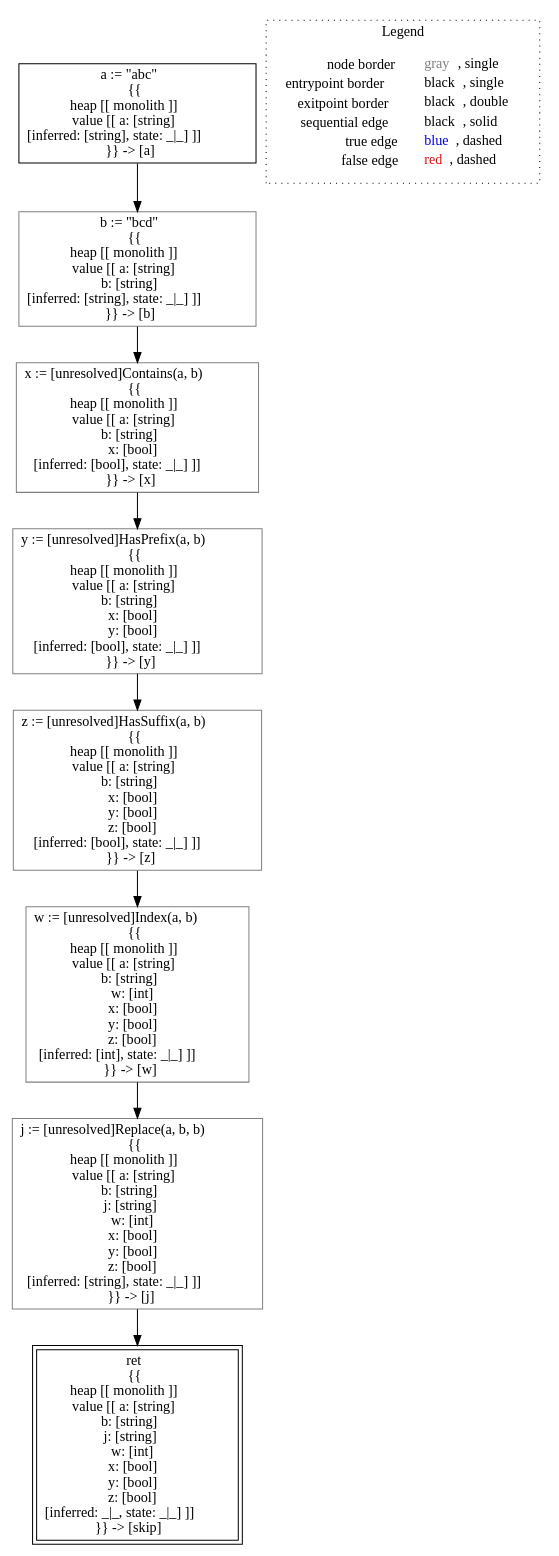
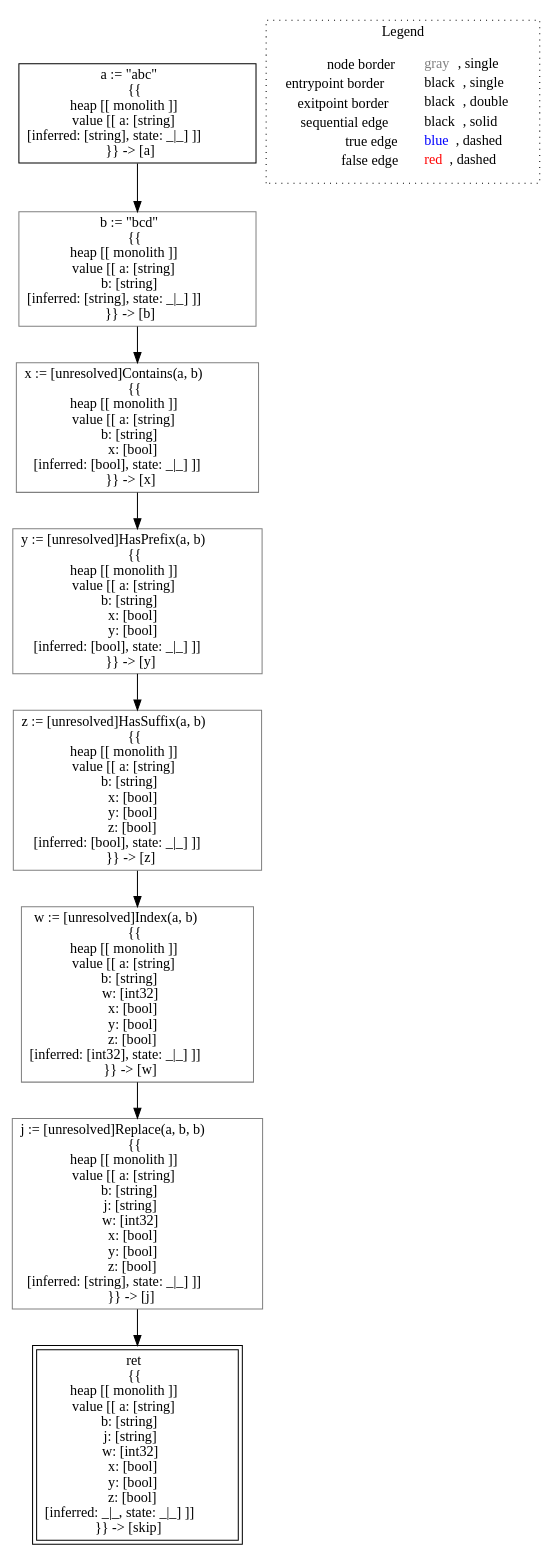
Before and after one commit to lisa-analyzer/go-lisa: the diagram in go-lisa/go-testcases/strings-typing/typing___untyped_~LiSAProgram.main().dot, drawn with Graphviz.

Commit message:
Fixing TypingTest
- int changed to int32 inside LiSA

```diff
--- a/go-lisa/go-testcases/strings-typing/typing___untyped_~LiSAProgram.main().dot
+++ b/go-lisa/go-testcases/strings-typing/typing___untyped_~LiSAProgram.main().dot
@@ -1,24 +1,24 @@
 digraph {
 	"node0" [shape="rect",color="black",label=<a := &quot;abc&quot;<BR/>{{<BR/>heap [[ monolith ]]<BR/>value [[ a: [string]<BR/>[inferred: [string], state: _|_] ]]<BR/>}} -&gt; [a]>];
-	"node1" [shape="rect",color="gray",label=<z := [unresolved]HasSuffix(a, b)<BR/>{{<BR/>heap [[ monolith ]]<BR/>value [[ a: [string]<BR/>b: [string]<BR/>x: [bool]<BR/>y: [bool]<BR/>z: [bool]<BR/>[inferred: [bool], state: _|_] ]]<BR/>}} -&gt; [z]>];
-	"node2" [shape="rect",color="black",peripheries="2",label=<ret<BR/>{{<BR/>heap [[ monolith ]]<BR/>value [[ a: [string]<BR/>b: [string]<BR/>j: [string]<BR/>w: [int]<BR/>x: [bool]<BR/>y: [bool]<BR/>z: [bool]<BR/>[inferred: _|_, state: _|_] ]]<BR/>}} -&gt; [skip]>];
-	"node3" [shape="rect",color="gray",label=<x := [unresolved]Contains(a, b)<BR/>{{<BR/>heap [[ monolith ]]<BR/>value [[ a: [string]<BR/>b: [string]<BR/>x: [bool]<BR/>[inferred: [bool], state: _|_] ]]<BR/>}} -&gt; [x]>];
+	"node1" [shape="rect",color="gray",label=<b := &quot;bcd&quot;<BR/>{{<BR/>heap [[ monolith ]]<BR/>value [[ a: [string]<BR/>b: [string]<BR/>[inferred: [string], state: _|_] ]]<BR/>}} -&gt; [b]>];
+	"node2" [shape="rect",color="gray",label=<j := [unresolved]Replace(a, b, b)<BR/>{{<BR/>heap [[ monolith ]]<BR/>value [[ a: [string]<BR/>b: [string]<BR/>j: [string]<BR/>w: [int32]<BR/>x: [bool]<BR/>y: [bool]<BR/>z: [bool]<BR/>[inferred: [string], state: _|_] ]]<BR/>}} -&gt; [j]>];
+	"node3" [shape="rect",color="black",peripheries="2",label=<ret<BR/>{{<BR/>heap [[ monolith ]]<BR/>value [[ a: [string]<BR/>b: [string]<BR/>j: [string]<BR/>w: [int32]<BR/>x: [bool]<BR/>y: [bool]<BR/>z: [bool]<BR/>[inferred: _|_, state: _|_] ]]<BR/>}} -&gt; [skip]>];
 	"node4" [shape="rect",color="gray",label=<y := [unresolved]HasPrefix(a, b)<BR/>{{<BR/>heap [[ monolith ]]<BR/>value [[ a: [string]<BR/>b: [string]<BR/>x: [bool]<BR/>y: [bool]<BR/>[inferred: [bool], state: _|_] ]]<BR/>}} -&gt; [y]>];
-	"node5" [shape="rect",color="gray",label=<b := &quot;bcd&quot;<BR/>{{<BR/>heap [[ monolith ]]<BR/>value [[ a: [string]<BR/>b: [string]<BR/>[inferred: [string], state: _|_] ]]<BR/>}} -&gt; [b]>];
-	"node6" [shape="rect",color="gray",label=<w := [unresolved]Index(a, b)<BR/>{{<BR/>heap [[ monolith ]]<BR/>value [[ a: [string]<BR/>b: [string]<BR/>w: [int]<BR/>x: [bool]<BR/>y: [bool]<BR/>z: [bool]<BR/>[inferred: [int], state: _|_] ]]<BR/>}} -&gt; [w]>];
-	"node7" [shape="rect",color="gray",label=<j := [unresolved]Replace(a, b, b)<BR/>{{<BR/>heap [[ monolith ]]<BR/>value [[ a: [string]<BR/>b: [string]<BR/>j: [string]<BR/>w: [int]<BR/>x: [bool]<BR/>y: [bool]<BR/>z: [bool]<BR/>[inferred: [string], state: _|_] ]]<BR/>}} -&gt; [j]>];
+	"node5" [shape="rect",color="gray",label=<z := [unresolved]HasSuffix(a, b)<BR/>{{<BR/>heap [[ monolith ]]<BR/>value [[ a: [string]<BR/>b: [string]<BR/>x: [bool]<BR/>y: [bool]<BR/>z: [bool]<BR/>[inferred: [bool], state: _|_] ]]<BR/>}} -&gt; [z]>];
+	"node6" [shape="rect",color="gray",label=<x := [unresolved]Contains(a, b)<BR/>{{<BR/>heap [[ monolith ]]<BR/>value [[ a: [string]<BR/>b: [string]<BR/>x: [bool]<BR/>[inferred: [bool], state: _|_] ]]<BR/>}} -&gt; [x]>];
+	"node7" [shape="rect",color="gray",label=<w := [unresolved]Index(a, b)<BR/>{{<BR/>heap [[ monolith ]]<BR/>value [[ a: [string]<BR/>b: [string]<BR/>w: [int32]<BR/>x: [bool]<BR/>y: [bool]<BR/>z: [bool]<BR/>[inferred: [int32], state: _|_] ]]<BR/>}} -&gt; [w]>];
 	"node1" -> "node6" [color="black"];
-	"node3" -> "node4" [color="black"];
-	"node4" -> "node1" [color="black"];
-	"node5" -> "node3" [color="black"];
-	"node6" -> "node7" [color="black"];
+	"node2" -> "node3" [color="black"];
+	"node0" -> "node1" [color="black"];
+	"node4" -> "node5" [color="black"];
+	"node5" -> "node7" [color="black"];
+	"node6" -> "node4" [color="black"];
 	"node7" -> "node2" [color="black"];
-	"node0" -> "node5" [color="black"];
 subgraph cluster_legend {
 	label="Legend";
 	style=dotted;
 	node [shape=plaintext];
 	"legend" [label=<<table border="0" cellpadding="2" cellspacing="0" cellborder="0"><tr><td align="right">node border&nbsp;</td><td align="left"><font color="gray">gray</font>, single</td></tr><tr><td align="right">entrypoint border&nbsp;</td><td align="left"><font color="black">black</font>, single</td></tr><tr><td align="right">exitpoint border&nbsp;</td><td align="left"><font color="black">black</font>, double</td></tr><tr><td align="right">sequential edge&nbsp;</td><td align="left"><font color="black">black</font>, solid</td></tr><tr><td align="right">true edge&nbsp;</td><td align="left"><font color="blue">blue</font>, dashed</td></tr><tr><td align="right">false edge&nbsp;</td><td align="left"><font color="red">red</font>, dashed</td></tr></table>>];
 }
 
 }
```
